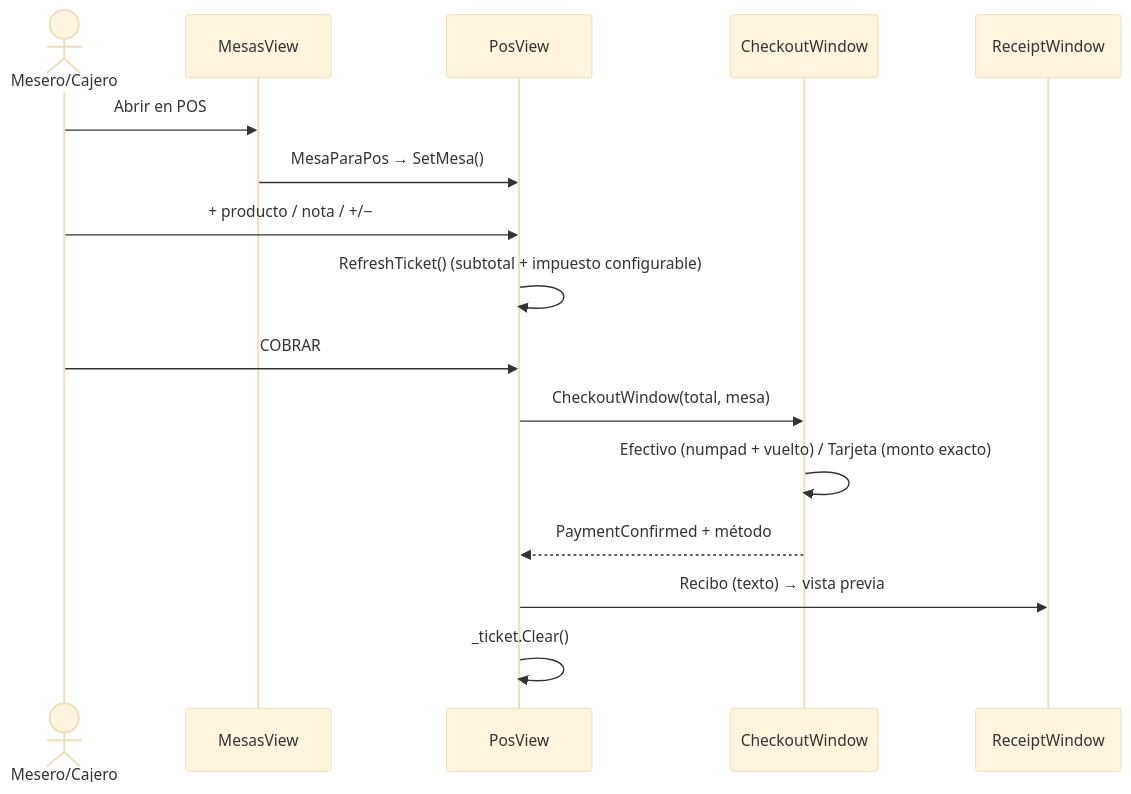
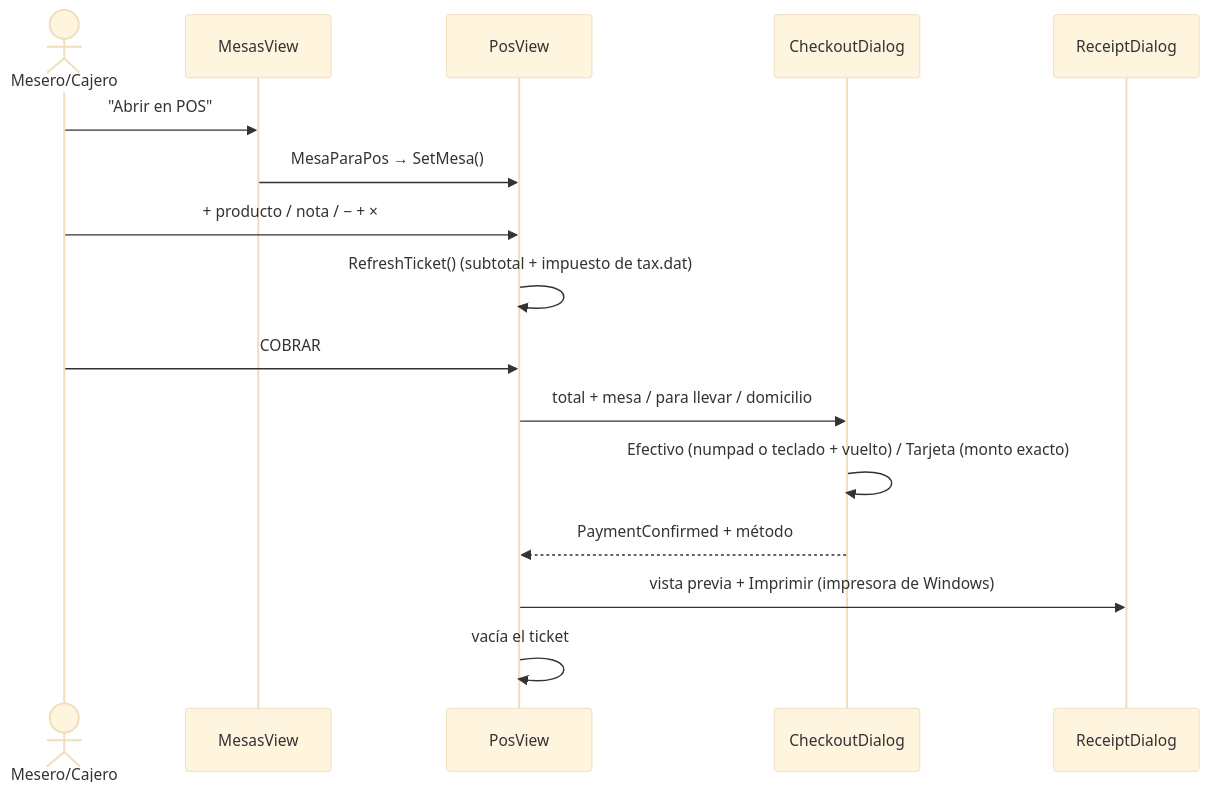
The second of 2 diagrams in README.md (MrDylanDev/Desktop), drawn with Mermaid (base theme) before and after one commit. The commit also changed other lines of this file and 115 other files, not shown here.

````diff
--- a/README.md
+++ b/README.md
@@ -158,18 +142,18 @@
 ```mermaid
 sequenceDiagram
     actor M as Mesero/Cajero
     participant MV as MesasView
     participant PV as PosView
-    participant CK as CheckoutWindow
-    participant RC as ReceiptWindow
-    M->>MV: Abrir en POS
+    participant CK as CheckoutDialog
+    participant RC as ReceiptDialog
+    M->>MV: "Abrir en POS"
     MV->>PV: MesaParaPos → SetMesa()
-    M->>PV: + producto / nota / +/−
-    PV->>PV: RefreshTicket() (subtotal + impuesto configurable)
+    M->>PV: + producto / nota / − + ×
+    PV->>PV: RefreshTicket() (subtotal + impuesto de tax.dat)
     M->>PV: COBRAR
-    PV->>CK: CheckoutWindow(total, mesa)
-    CK->>CK: Efectivo (numpad + vuelto) / Tarjeta (monto exacto)
+    PV->>CK: total + mesa / para llevar / domicilio
+    CK->>CK: Efectivo (numpad o teclado + vuelto) / Tarjeta (monto exacto)
     CK-->>PV: PaymentConfirmed + método
-    PV->>RC: Recibo (texto) → vista previa
-    PV->>PV: _ticket.Clear()
+    PV->>RC: vista previa + Imprimir (impresora de Windows)
+    PV->>PV: vacía el ticket
 ```
````
